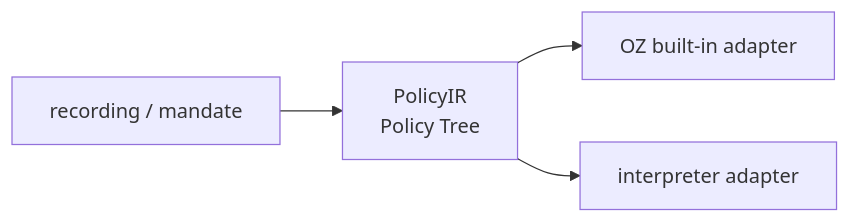
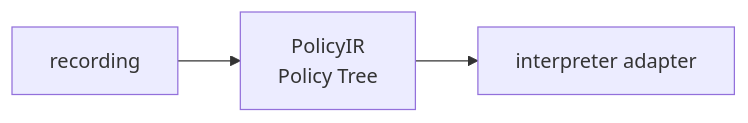
Before and after one commit to untangledfinance/oz-policy-builder: the third of 3 diagrams in docs/architecture.md, drawn with Mermaid. The commit also changed other lines of this file and 56 other files, not shown here.

````diff
--- a/docs/architecture.md
+++ b/docs/architecture.md
@@ -114,6 +101,5 @@
 ```mermaid
 flowchart LR
-    src["recording / mandate"] --> ir["PolicyIR<br/>Policy Tree"]
-    ir --> oz["OZ built-in adapter"]
+    src["recording"] --> ir["PolicyIR<br/>Policy Tree"]
     ir --> interp["interpreter adapter"]
 ```
````
